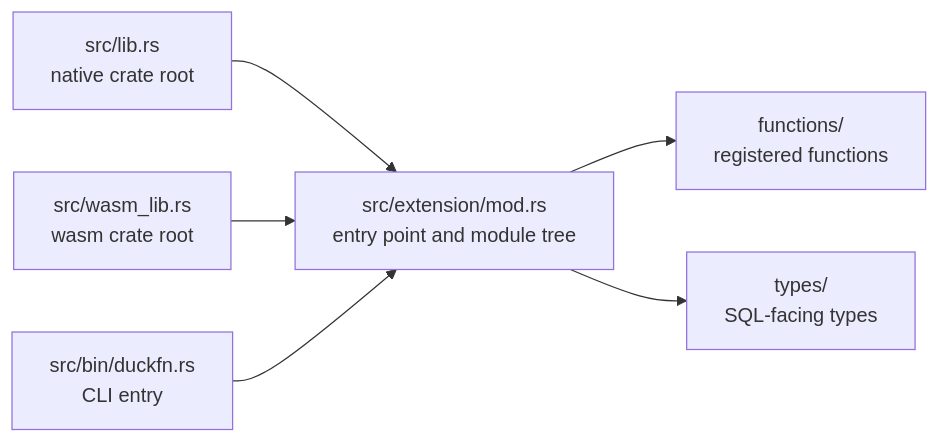
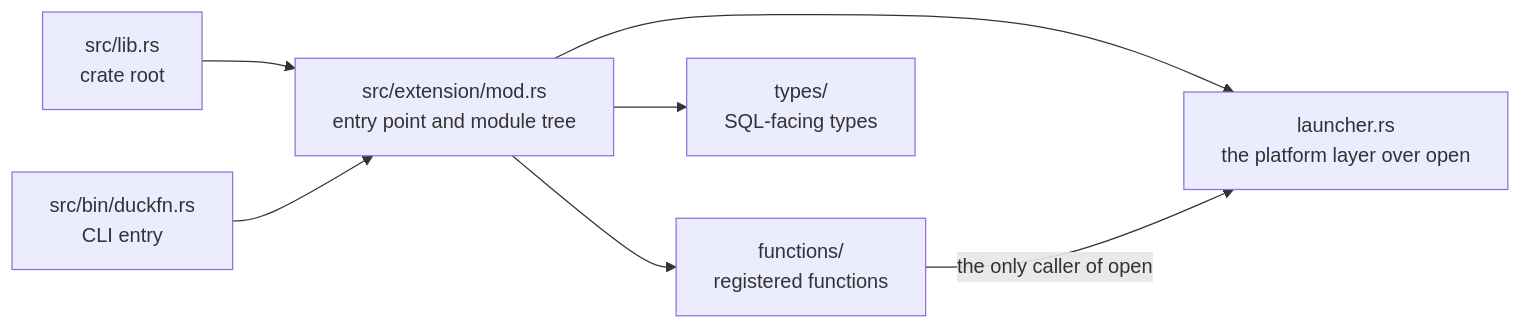
Before and after one commit to shijianjs/duckfn-open: the diagram in docs/docs/development/project-structure.md, drawn with Mermaid. The commit also changed other lines of this file and 60 other files, not shown here.

First line of the commit message:
feat(duckfn_open): 接入 open crate，并把构建收窄到桌面平台

````diff
--- a/docs/docs/development/project-structure.md
+++ b/docs/docs/development/project-structure.md
@@ -40,8 +39,9 @@
 ```mermaid
 flowchart LR
-    native["src/lib.rs<br/>native crate root"] --> tree["src/extension/mod.rs<br/>entry point and module tree"]
-    wasm["src/wasm_lib.rs<br/>wasm crate root"] --> tree
+    native["src/lib.rs<br/>crate root"] --> tree["src/extension/mod.rs<br/>entry point and module tree"]
     cli["src/bin/duckfn.rs<br/>CLI entry"] --> tree
     tree --> functions["functions/<br/>registered functions"]
+    tree --> launcher["launcher.rs<br/>the platform layer over open"]
     tree --> types["types/<br/>SQL-facing types"]
+    functions -->|"the only caller of open"| launcher
 ```
````
